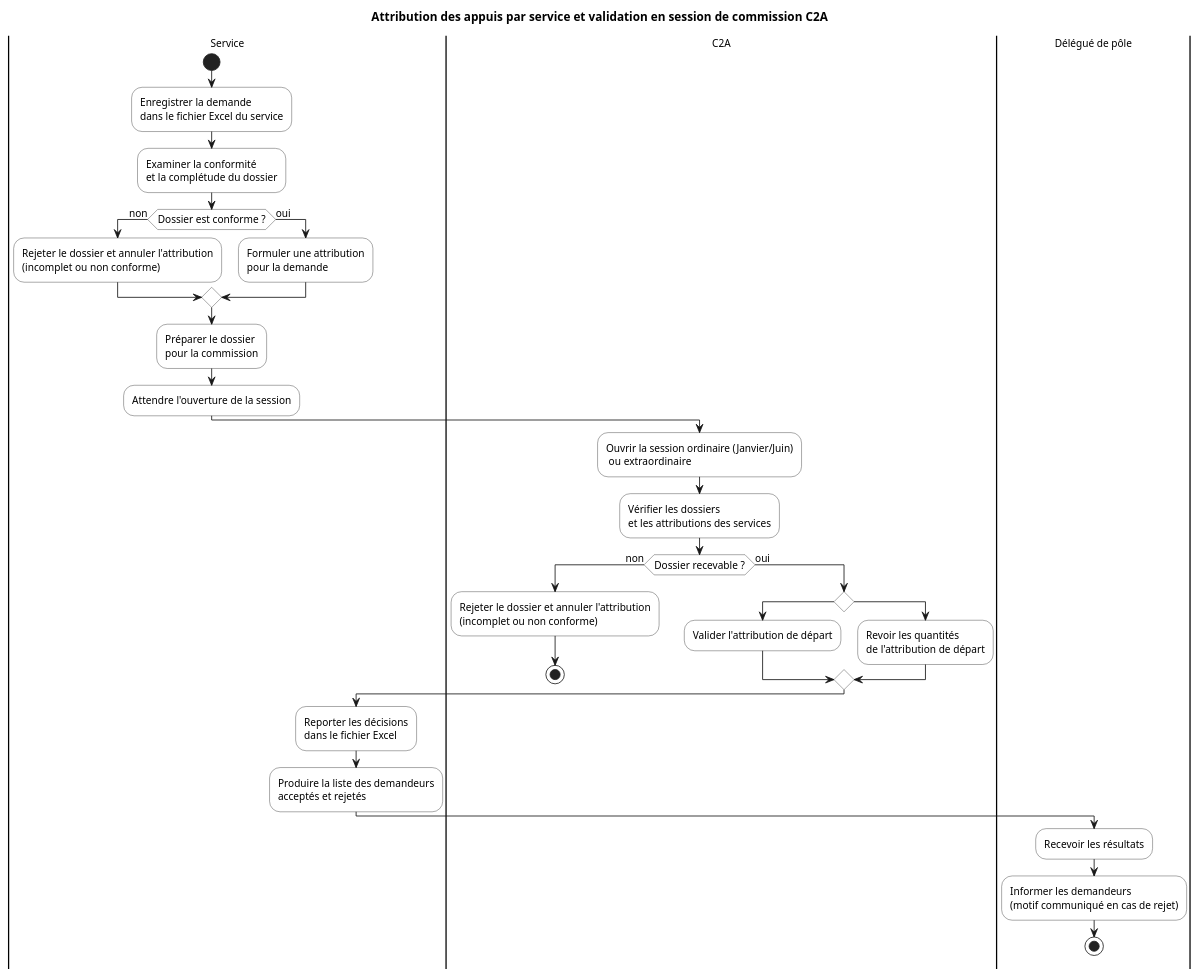
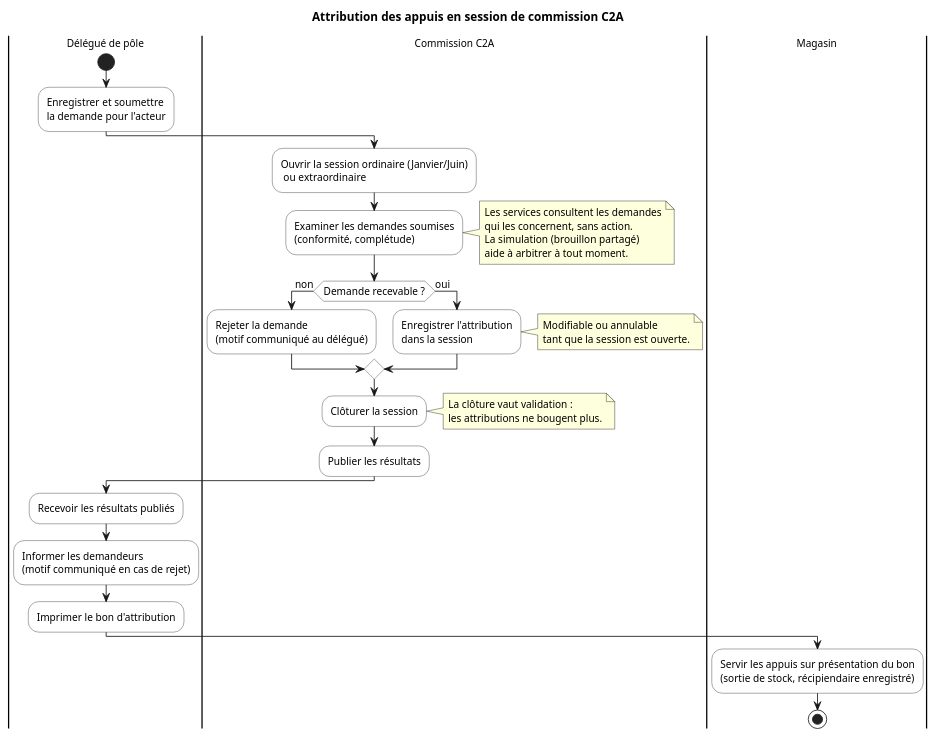
Before and after one commit to marasse-codec/ORYZAPP: the diagram in docs/activites/activites_com.puml, drawn with PlantUML. The commit also changed 753 other files, not shown here.

Commit message:
Refonte de la charte et Diagramme d'archi amélioré

```diff
--- a/docs/activites/activites_com.puml
+++ b/docs/activites/activites_com.puml
@@ -1,61 +1,62 @@
 @startuml
-title Attribution des appuis par service et validation en session de commission C2A
+title Attribution des appuis en session de commission C2A
 
 skinparam defaultFontName Arial
 skinparam defaultFontSize 12
 skinparam activity {
   BackgroundColor #FFFFFF
   BorderColor #333333
   DiamondBackgroundColor #FFFFFF
   DiamondBorderColor #333333
 }
 
-|Service|
+|Délégué de pôle|
 start
-:Enregistrer la demande
-dans le fichier Excel du service;
-:Examiner la conformité
-et la complétude du dossier;
-if (Dossier est conforme ?) then (non)
-  :Rejeter le dossier et annuler l'attribution
-  (incomplet ou non conforme);
-else (oui)
-    :Formuler une attribution 
-    pour la demande;
-endif
+:Enregistrer et soumettre
+la demande pour l'acteur;
 
-:Préparer le dossier
-pour la commission;
-:Attendre l'ouverture de la session;
-
-|C2A|
+|Commission C2A|
 :Ouvrir la session ordinaire (Janvier/Juin)
  ou extraordinaire;
 
-:Vérifier les dossiers
-et les attributions des services;
-if (Dossier recevable ?) then (non)
-  :Rejeter le dossier et annuler l'attribution
-  (incomplet ou non conforme);
-  stop
+:Examiner les demandes soumises
+(conformité, complétude);
+note right
+  Les services consultent les demandes
+  qui les concernent, sans action.
+  La simulation (brouillon partagé)
+  aide à arbitrer à tout moment.
+end note
+
+if (Demande recevable ?) then (non)
+  :Rejeter la demande
+  (motif communiqué au délégué);
 else (oui)
-    if ()
-    :Valider l'attribution de départ;
-    else ()
-    :Revoir les quantités 
-    de l'attribution de départ;
+  :Enregistrer l'attribution
+  dans la session;
+  note right
+    Modifiable ou annulable
+    tant que la session est ouverte.
+  end note
 endif
 
-|Service|
-:Reporter les décisions
-dans le fichier Excel;
-:Produire la liste des demandeurs
-acceptés et rejetés;
+:Clôturer la session;
+note right
+  La clôture vaut validation :
+  les attributions ne bougent plus.
+end note
+
+:Publier les résultats;
 
 |Délégué de pôle|
-:Recevoir les résultats;
+:Recevoir les résultats publiés;
 :Informer les demandeurs
 (motif communiqué en cas de rejet);
+:Imprimer le bon d'attribution;
+
+|Magasin|
+:Servir les appuis sur présentation du bon
+(sortie de stock, récipiendaire enregistré);
 stop
 
 @enduml
```
